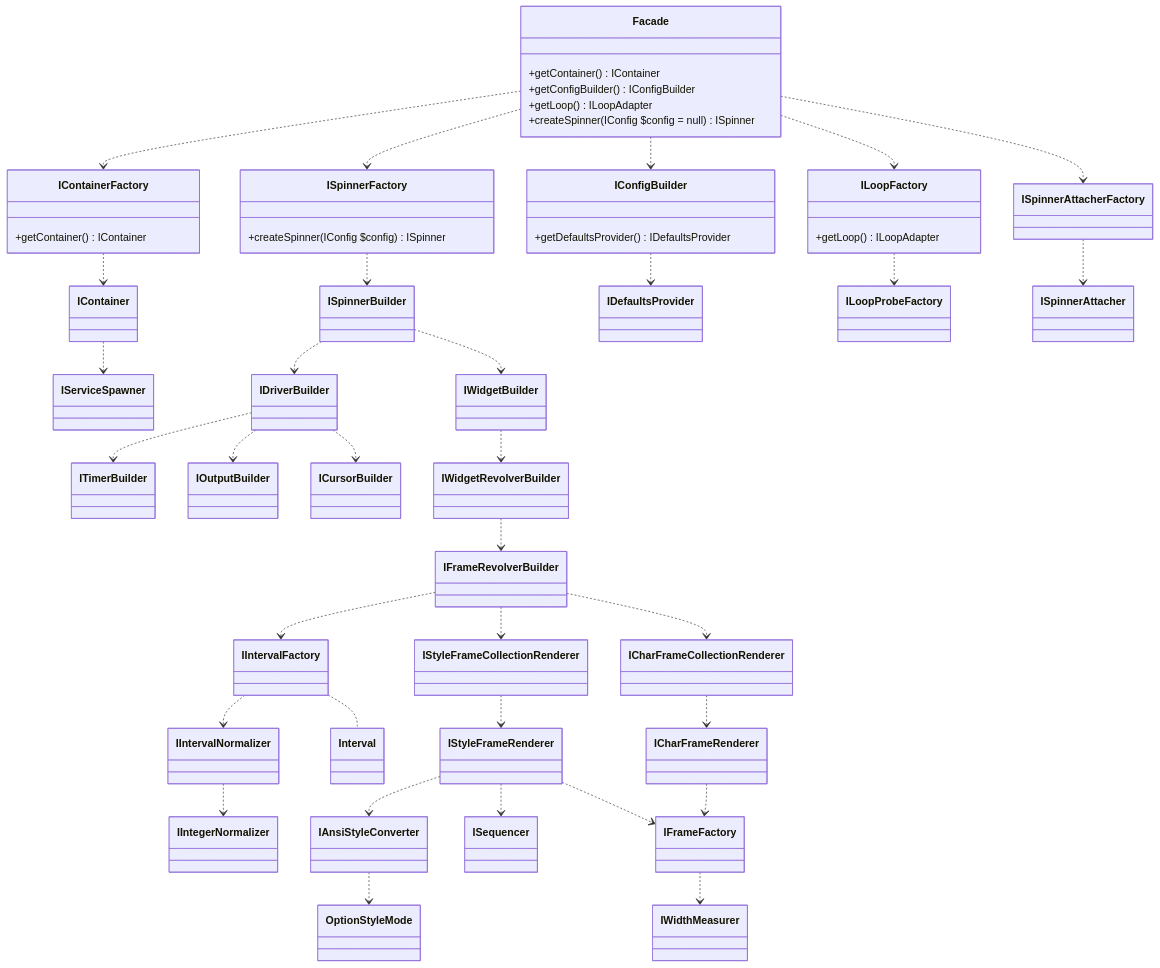
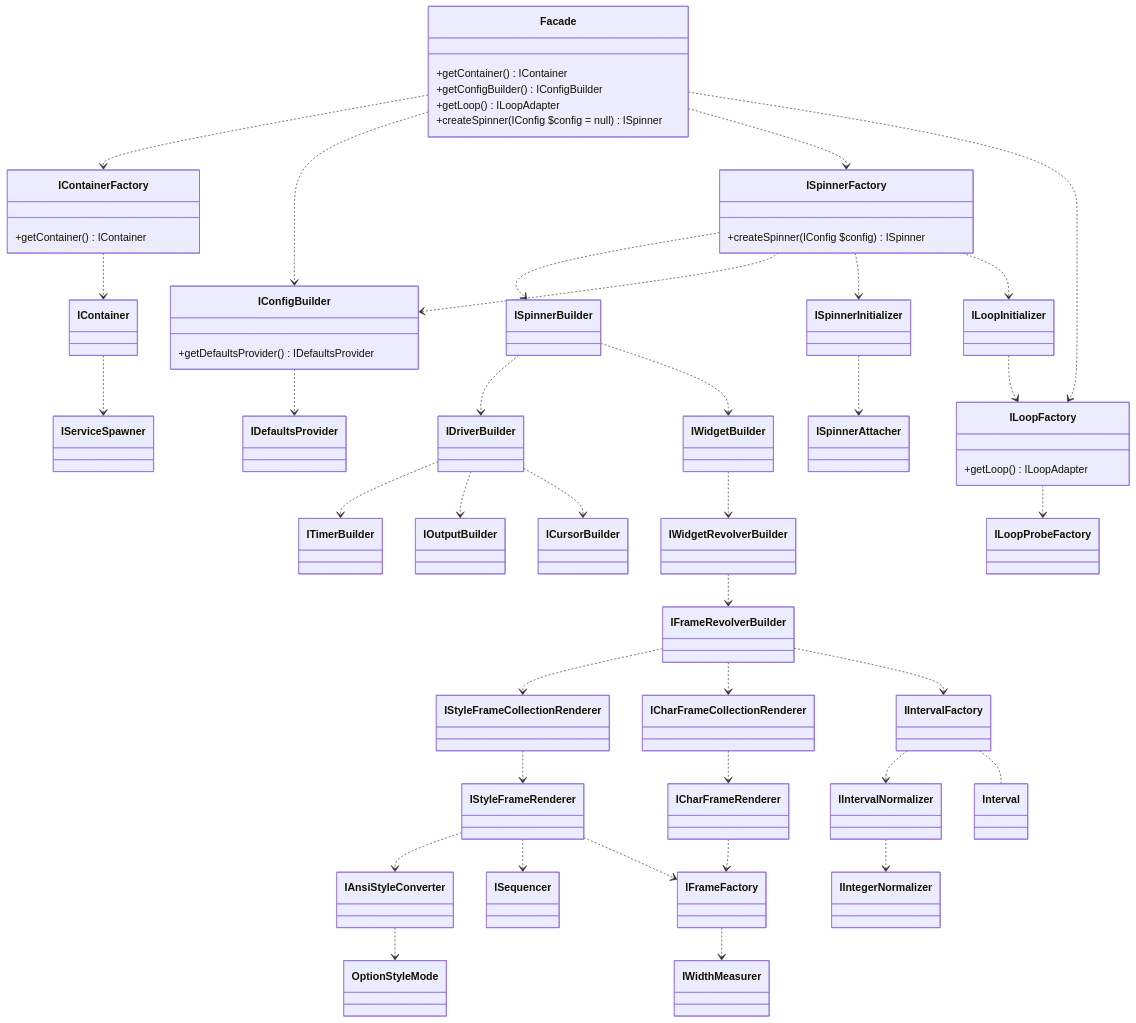
One commit to alecrabbit/php-console-spinner changed the diagram in doc/info/chart/services.md. Above: the diagram before and after it, drawn with Mermaid. The commit also changed 3 other files, not shown here.

```diff
--- a/doc/info/chart/services.md
+++ b/doc/info/chart/services.md
@@ -7,7 +7,7 @@
     Facade ..> IConfigBuilder
     Facade ..> ISpinnerFactory
     Facade ..> ILoopFactory
-    Facade ..> ISpinnerAttacherFactory
+   
 
     class Facade {
         +getContainer() IContainer
@@ -25,6 +25,13 @@
     IContainer ..> IServiceSpawner
 
     ISpinnerFactory ..> ISpinnerBuilder
+    ISpinnerFactory ..> IConfigBuilder
+    ISpinnerFactory ..> ISpinnerInitializer
+    ISpinnerFactory ..> ILoopInitializer
+
+    ILoopInitializer ..> ILoopFactory
+
+    ISpinnerInitializer ..> ISpinnerAttacher
 
     class ISpinnerFactory {
         +createSpinner(IConfig $config) ISpinner
@@ -41,8 +48,6 @@
     class ILoopFactory {
         +getLoop() ILoopAdapter
     }
-    
-    ISpinnerAttacherFactory ..> ISpinnerAttacher
     
     ISpinnerBuilder ..> IDriverBuilder
     ISpinnerBuilder ..> IWidgetBuilder
```
